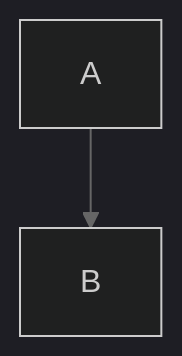
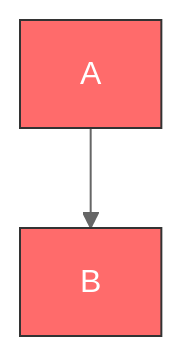
One commit to costa-marcello/skillkit changed the first of 14 diagrams in skills/mermaid-diagrams/references/theming.md. Above: the diagram before and after it, drawn with Mermaid. The commit also changed other lines of this file and 10 other files, not shown here.

First line of the commit message:
Fix 13 Mermaid syntax errors and sharpen best practices across reference docs

````diff
--- a/skills/mermaid-diagrams/references/theming.md
+++ b/skills/mermaid-diagrams/references/theming.md
@@ -11,15 +11,15 @@
 ```mermaid
 ---
 config:
-  theme: dark
+  theme: base
   themeVariables:
     primaryColor: "#ff6b6b"
     primaryTextColor: "#fff"
     primaryBorderColor: "#333"
     lineColor: "#666"
     secondaryColor: "#4ecdc4"
     tertiaryColor: "#ffe66d"
 ---
 flowchart TD
     A --> B
 ```
````
